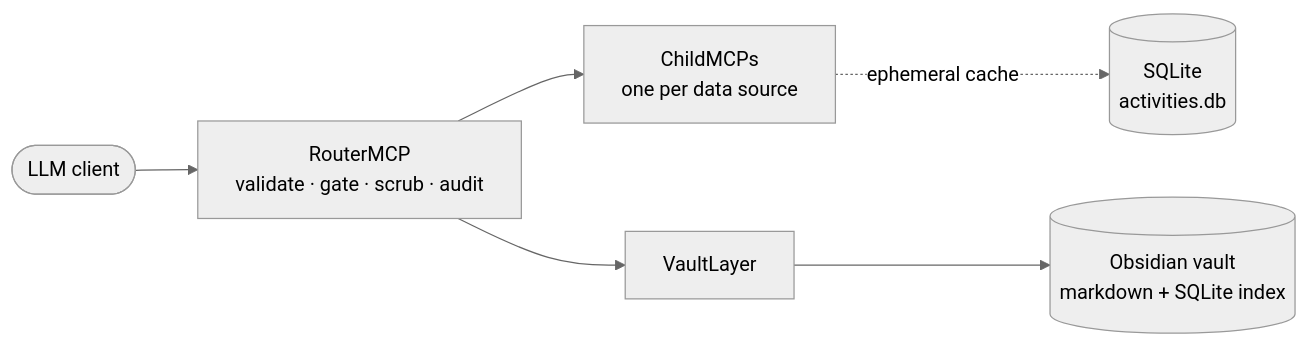
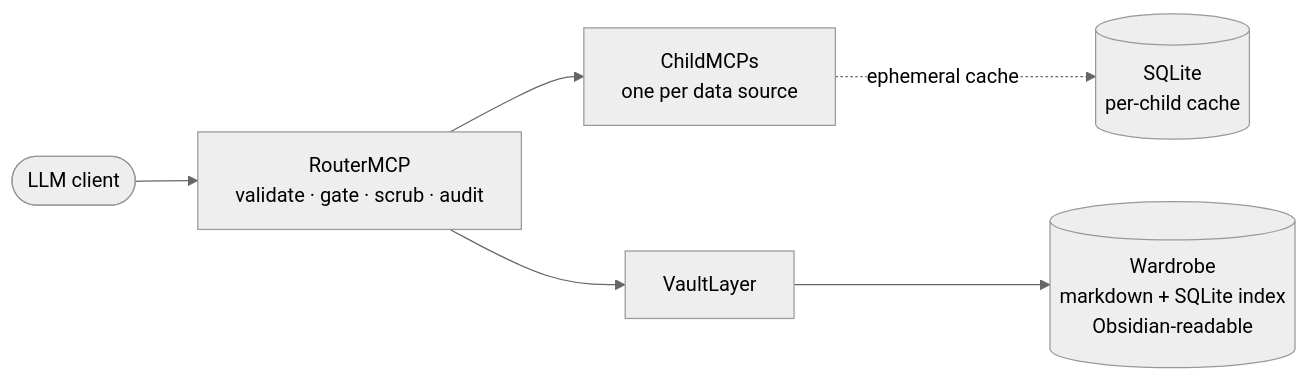
The diagram in README.md (saahasmuthineni/tailor-mcp), drawn with Mermaid (neutral theme) before and after one commit. The commit also changed other lines of this file, not shown here.

````diff
--- a/README.md
+++ b/README.md
@@ -386,8 +414,8 @@
 ```mermaid
 flowchart LR
     Client([LLM client]) --> Router[RouterMCP<br/>validate · gate · scrub · audit]
     Router --> Children[ChildMCPs<br/>one per data source]
     Router --> Vault[VaultLayer]
-    Children -.ephemeral cache.-> SQLite[(SQLite<br/>activities.db)]
-    Vault --> Obsidian[(Obsidian vault<br/>markdown + SQLite index)]
+    Children -.ephemeral cache.-> SQLite[(SQLite<br/>per-child cache)]
+    Vault --> Wardrobe[(Wardrobe<br/>markdown + SQLite index<br/>Obsidian-readable)]
 ```
````
